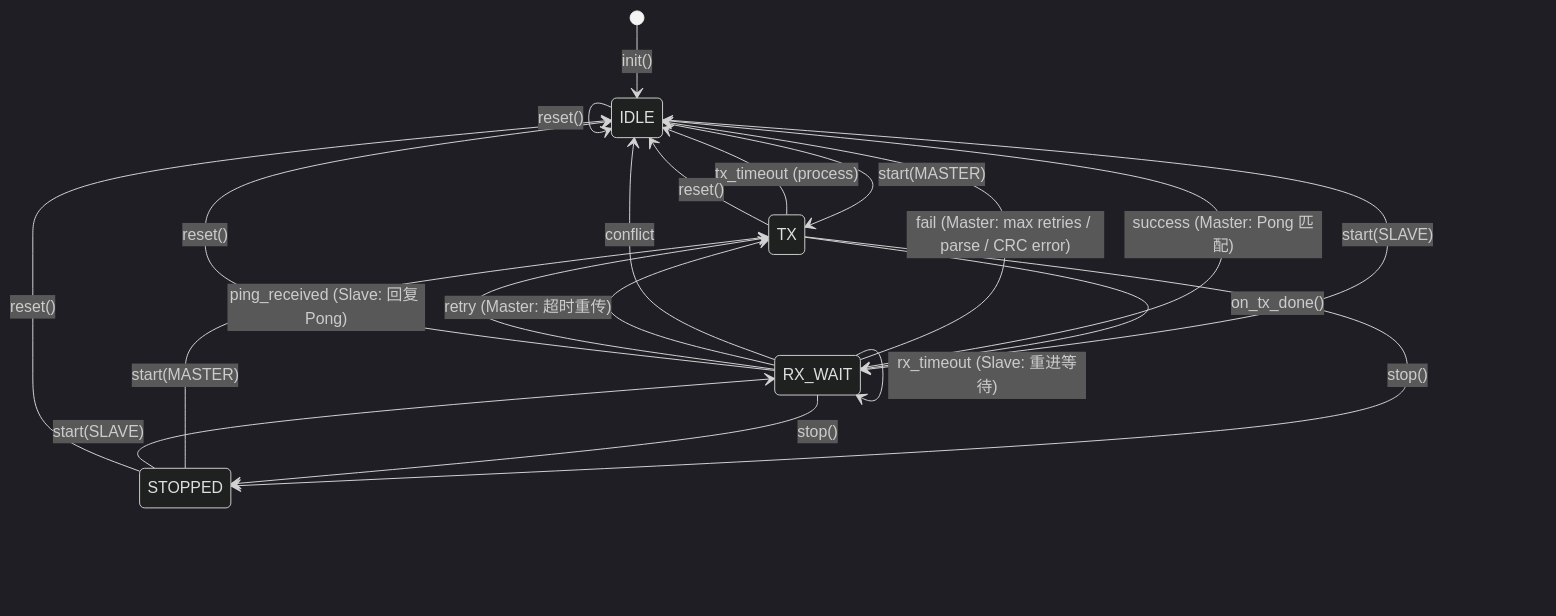
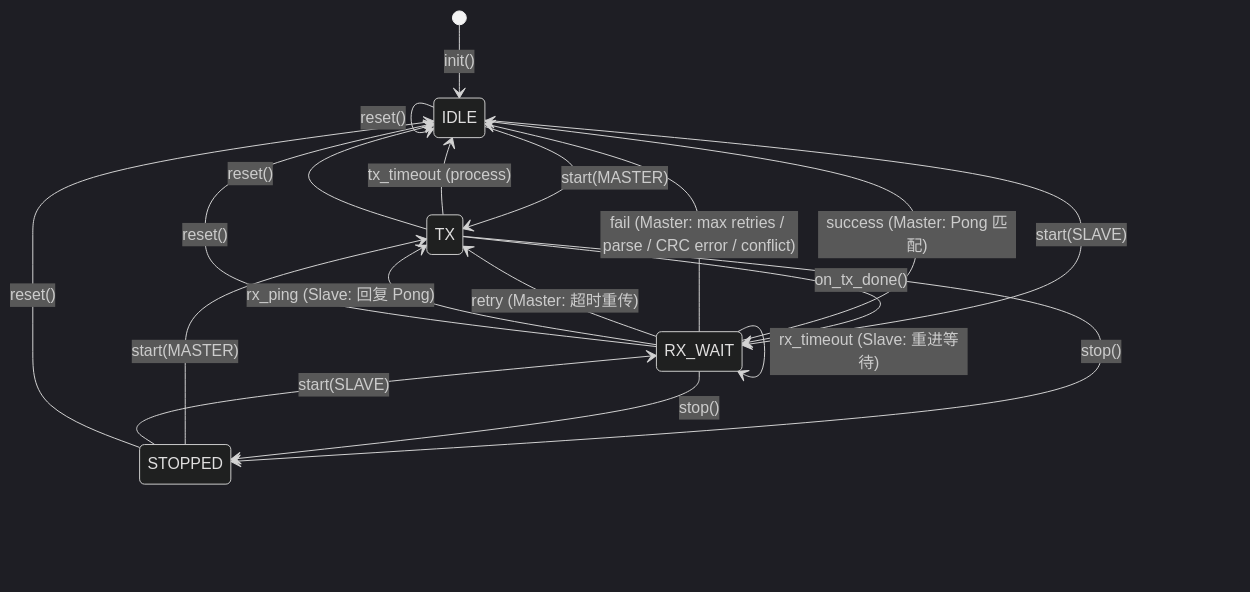
Before and after one commit to Kunpeng-chen/PingPong: the diagram in src/README.md, drawn with Mermaid (dark theme). The commit also changed other lines of this file and 9 other files, not shown here.

First line of the commit message:
refactor: merge CONFLICT into FAIL, rename PING_RECEIVED to RX_PING

````diff
--- a/src/README.md
+++ b/src/README.md
@@ -36,27 +36,26 @@
 ```mermaid
 stateDiagram-v2
     [*] --> IDLE : init()
 
     IDLE --> TX : start(MASTER)
     IDLE --> RX_WAIT : start(SLAVE)
 
     TX --> RX_WAIT : on_tx_done()
     TX --> IDLE : tx_timeout (process)
 
     RX_WAIT --> IDLE : success (Master: Pong 匹配)
-    RX_WAIT --> IDLE : fail (Master: max retries / parse / CRC error)
-    RX_WAIT --> IDLE : conflict
+    RX_WAIT --> IDLE : fail (Master: max retries / parse / CRC error / conflict)
     RX_WAIT --> TX : retry (Master: 超时重传)
-    RX_WAIT --> TX : ping_received (Slave: 回复 Pong)
+    RX_WAIT --> TX : rx_ping (Slave: 回复 Pong)
     RX_WAIT --> RX_WAIT : rx_timeout (Slave: 重进等待)
 
     TX --> STOPPED : stop()
     RX_WAIT --> STOPPED : stop()
     STOPPED --> TX : start(MASTER)
     STOPPED --> RX_WAIT : start(SLAVE)
 
     IDLE --> IDLE : reset()
     TX --> IDLE : reset()
     RX_WAIT --> IDLE : reset()
     STOPPED --> IDLE : reset()
 ```
````
